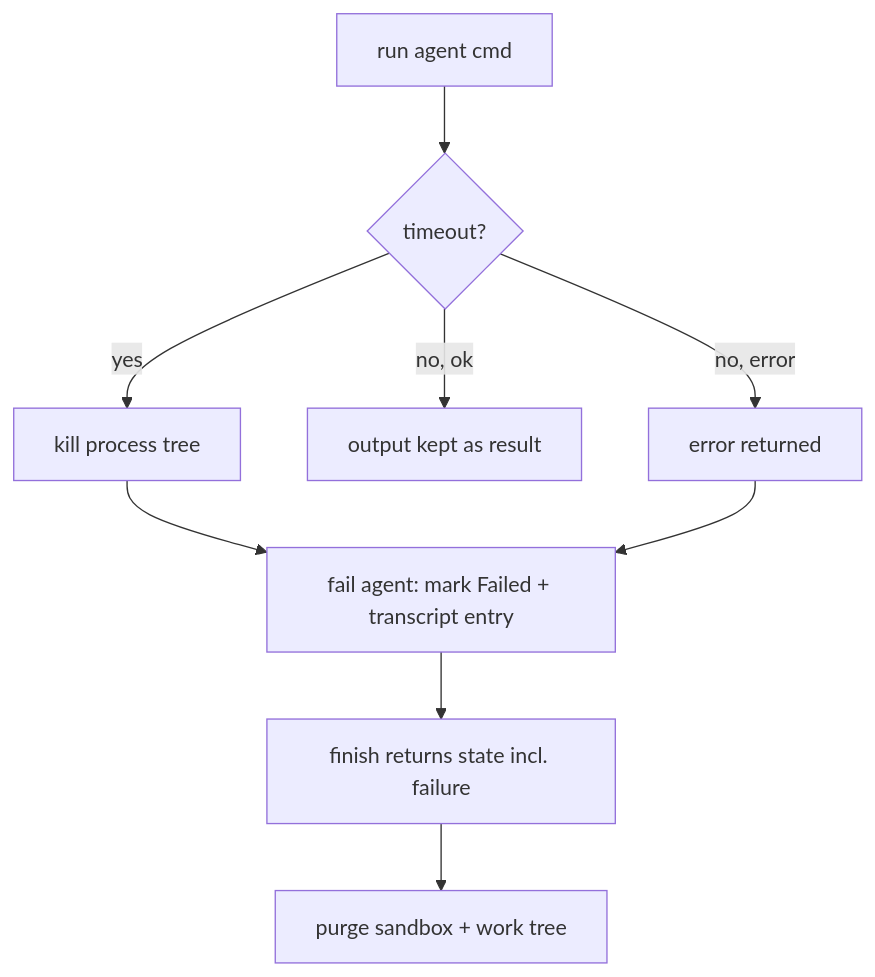
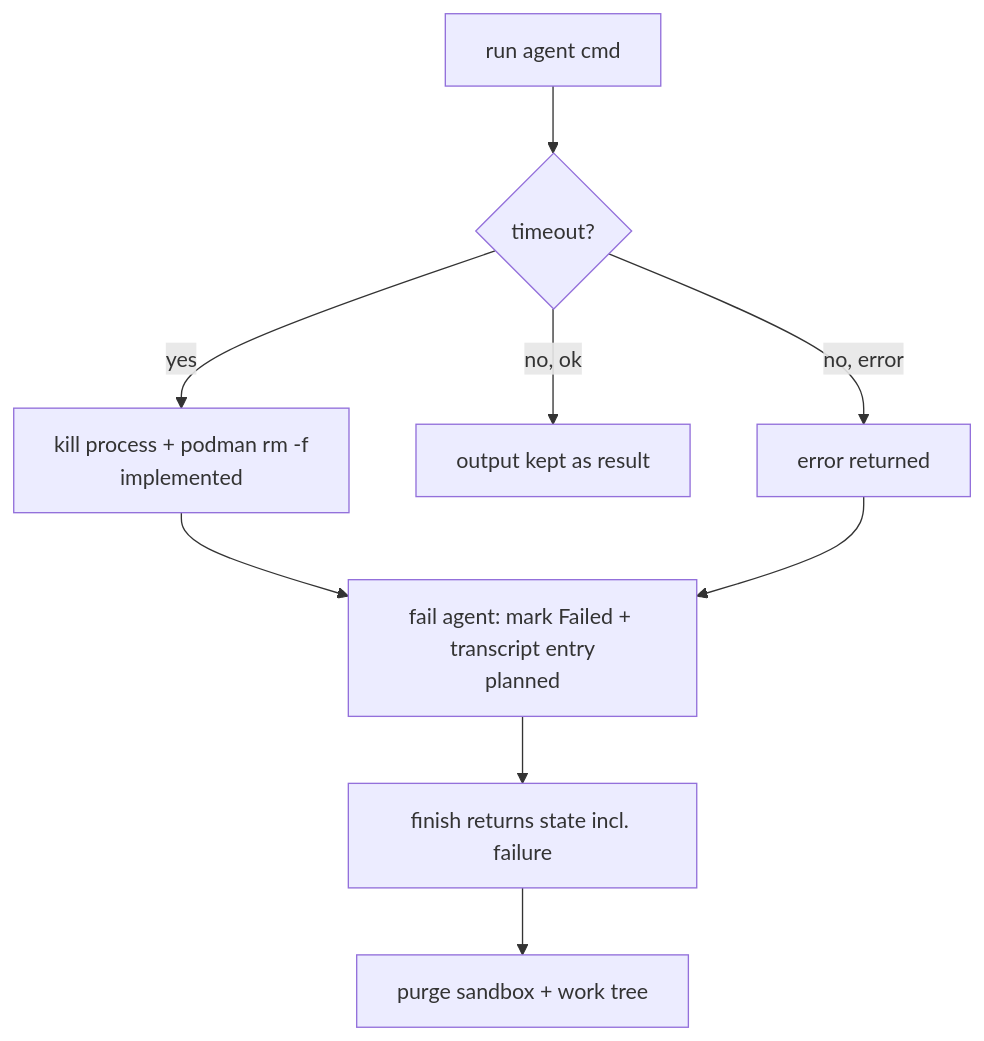
Before and after one commit to lidm0707/susutaku: the eighth of 8 diagrams in docs/remote-clients.md, drawn with Mermaid. The commit also changed other lines of this file and 11 other files, not shown here.

````diff
--- a/docs/remote-clients.md
+++ b/docs/remote-clients.md
@@ -255,11 +259,11 @@
 ```mermaid
 flowchart TD
     R[run agent cmd] --> T{timeout?}
-    T -->|yes| K[kill process tree]
+    T -->|yes| K[kill process + podman rm -f<br/>implemented]
     T -->|no, ok| Ok[output kept as result]
     T -->|no, error| K2[error returned]
-    K --> F[fail agent: mark Failed + transcript entry]
+    K --> F[fail agent: mark Failed + transcript entry<br/>planned]
     K2 --> F
     F --> Fi[finish returns state incl. failure]
     Fi --> P[purge sandbox + work tree]
 ```
````
